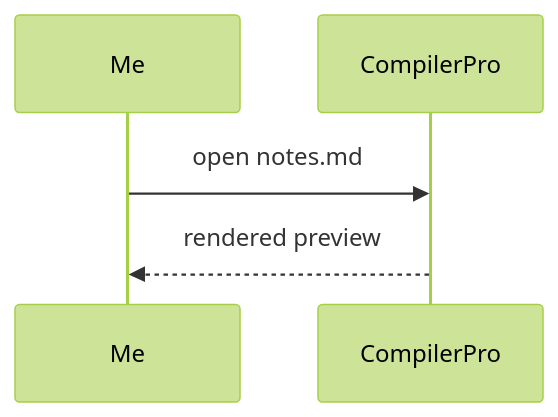
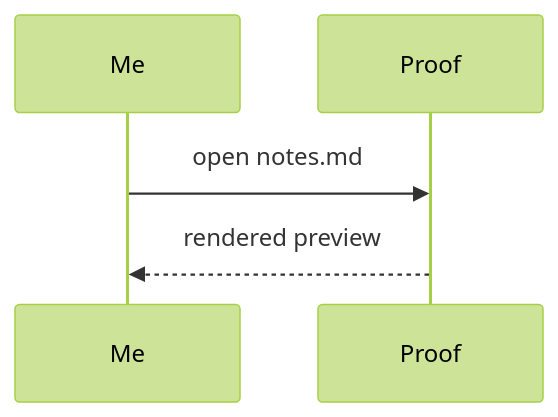
Before and after one commit to enclaireee/CompilerPro: the diagram in samples/notes.md, drawn with Mermaid (forest theme). The commit also changed 54 other files, not shown here.

First line of the commit message:
Rename CompilerPro to Proof

````diff
--- a/samples/notes.md
+++ b/samples/notes.md
@@ -11,5 +11,5 @@
 ```mermaid
 sequenceDiagram
-  Me->>CompilerPro: open notes.md
-  CompilerPro-->>Me: rendered preview
+  Me->>Proof: open notes.md
+  Proof-->>Me: rendered preview
 ```
````
